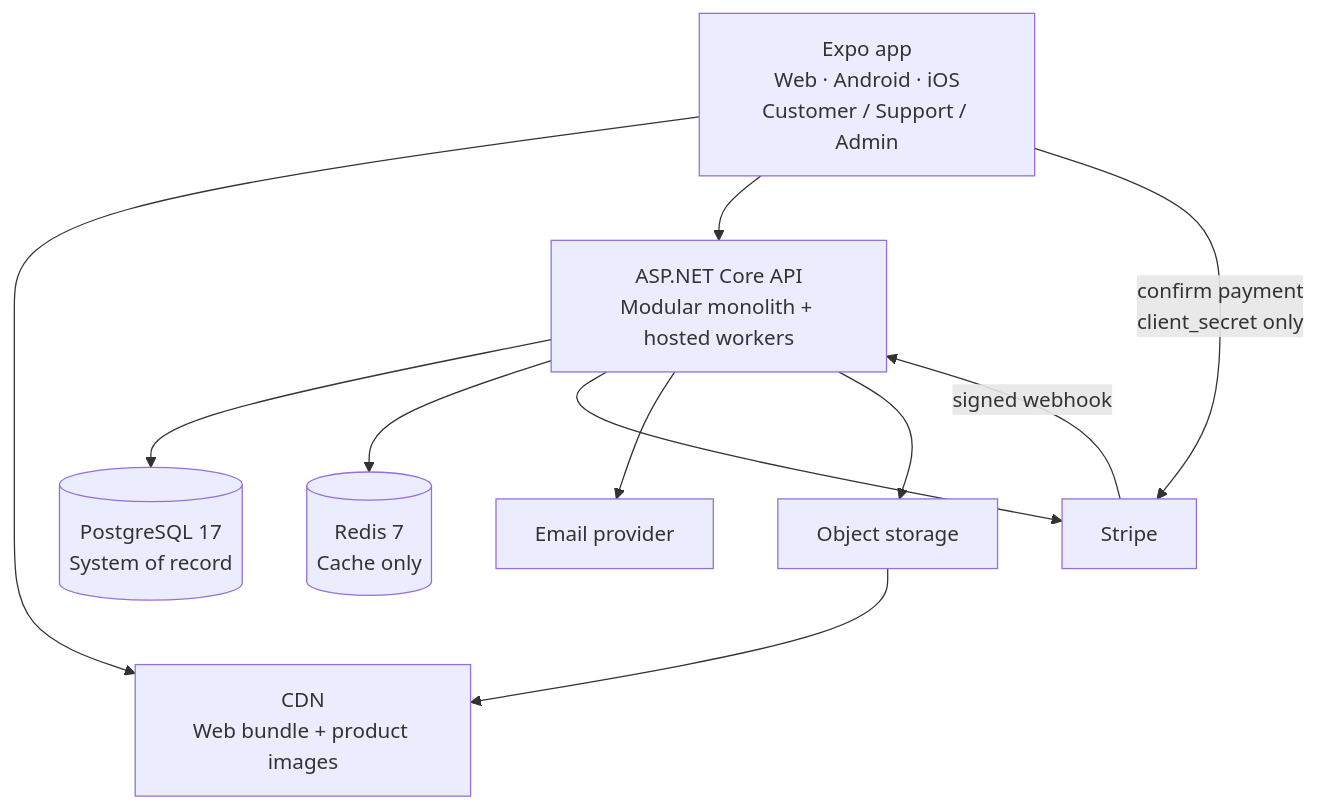
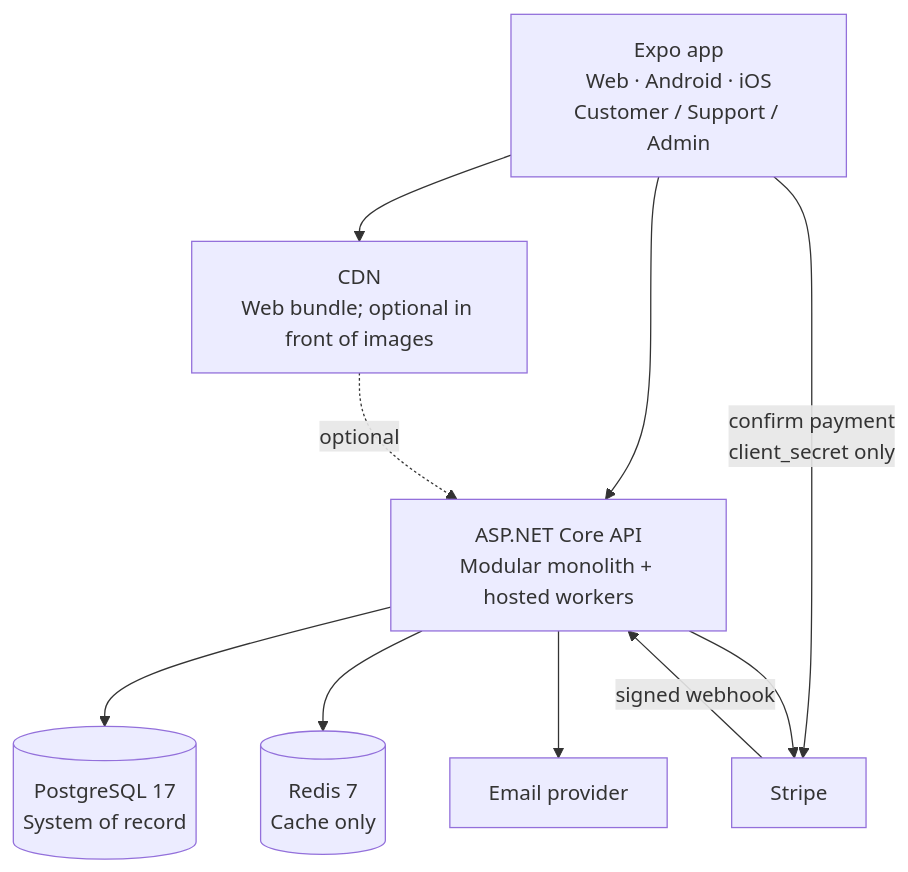
The diagram in docs/architecture/04-system-diagram.md (robmars123/Ecommerce), drawn with Mermaid before and after one commit. The commit also changed other lines of this file and 75 other files, not shown here.

First line of the commit message:
P2.56 | Product image upload stored in Postgres and served by the API

````diff
--- a/docs/architecture/04-system-diagram.md
+++ b/docs/architecture/04-system-diagram.md
@@ -3,22 +3,20 @@
 ```mermaid
 flowchart TB
     Clients[Expo app<br/>Web · Android · iOS<br/>Customer / Support / Admin]
-    CDN[CDN<br/>Web bundle + product images]
+    CDN[CDN<br/>Web bundle; optional in front of images]
     API[ASP.NET Core API<br/>Modular monolith + hosted workers]
     PG[(PostgreSQL 17<br/>System of record)]
     Redis[(Redis 7<br/>Cache only)]
     Stripe[Stripe]
     Email[Email provider]
-    Spaces[Object storage]
 
     Clients --> CDN
     Clients --> API
     Clients -- confirm payment<br/>client_secret only --> Stripe
     API --> PG
     API --> Redis
     API --> Stripe
     Stripe -- signed webhook --> API
     API --> Email
-    API --> Spaces
-    Spaces --> CDN
+    CDN -. optional .-> API
 ```
````
